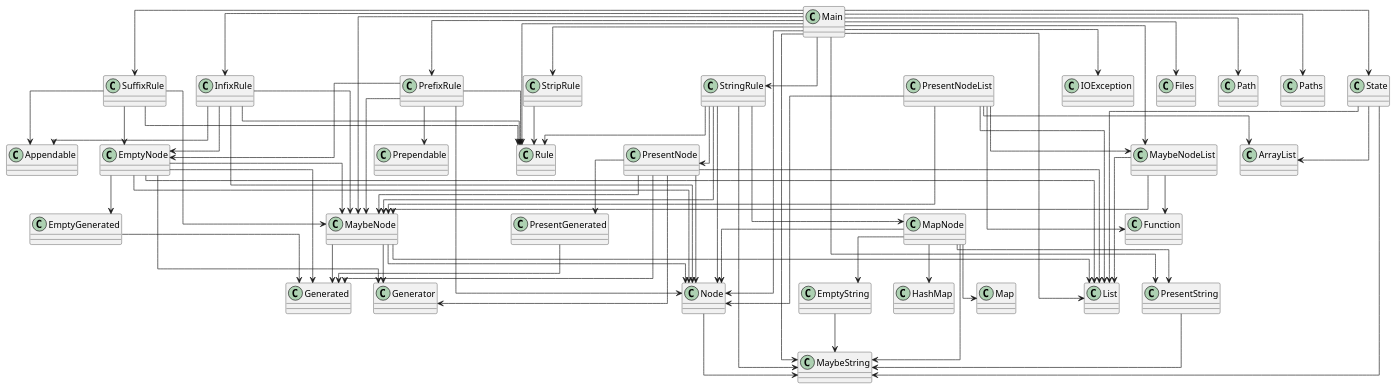
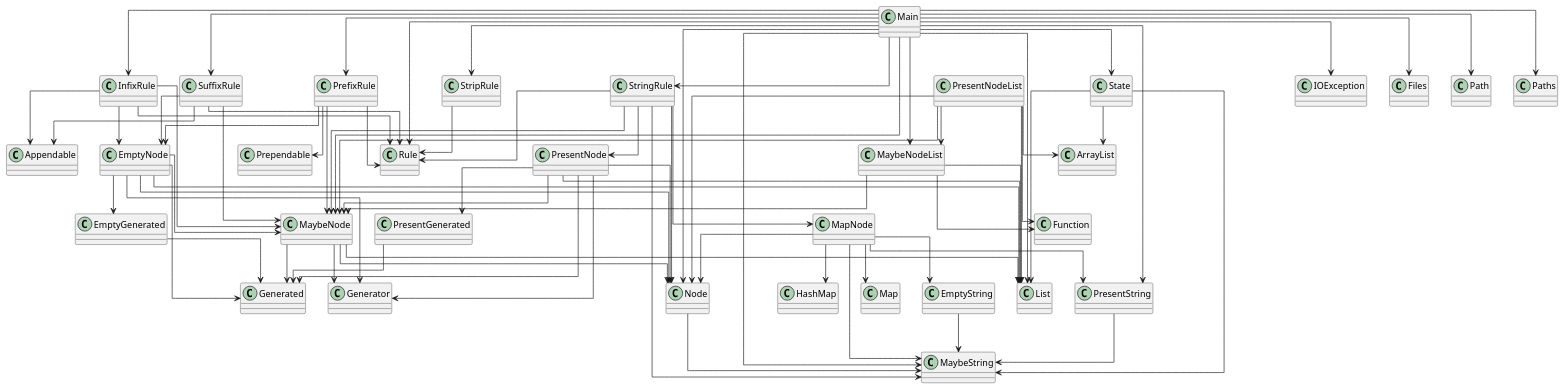
One commit to SirMathhman/Magma changed the diagram in diagram.puml. Above: the diagram before and after it, drawn with PlantUML. The commit also changed 3 other files, not shown here.

```diff
--- a/diagram.puml
+++ b/diagram.puml
@@ -1,104 +1,102 @@
 @startuml
 skinparam linetype ortho
 class Generated
 class Generator
 class Appendable
 class MaybeNode
 MaybeNode --> Generated
 MaybeNode --> Generator
 MaybeNode --> Node
 MaybeNode --> List
 class MaybeString
 class EmptyNode
 EmptyNode --> Generated
 EmptyNode --> Generator
 EmptyNode --> Node
 EmptyNode --> MaybeNode
 EmptyNode --> EmptyGenerated
 EmptyNode --> List
 class PresentNode
 PresentNode --> Generated
 PresentNode --> Generator
 PresentNode --> Node
 PresentNode --> MaybeNode
 PresentNode --> PresentGenerated
 PresentNode --> List
 class Prependable
 class EmptyString
 EmptyString --> MaybeString
 class PresentString
 PresentString --> MaybeString
 class MaybeNodeList
 MaybeNodeList --> MaybeNode
 MaybeNodeList --> List
 MaybeNodeList --> Function
 class MapNode
 MapNode --> MaybeString
 MapNode --> Node
 MapNode --> EmptyString
 MapNode --> PresentString
 MapNode --> HashMap
 MapNode --> Map
 class Node
 Node --> MaybeString
 class EmptyGenerated
 EmptyGenerated --> Generated
 class PresentGenerated
 PresentGenerated --> Generated
 class InfixRule
-InfixRule --> Node
 InfixRule --> Rule
 InfixRule --> Appendable
 InfixRule --> MaybeNode
 InfixRule --> EmptyNode
 class PrefixRule
-PrefixRule --> Node
 PrefixRule --> Rule
 PrefixRule --> MaybeNode
 PrefixRule --> Prependable
 PrefixRule --> EmptyNode
 class StringRule
 StringRule --> Node
 StringRule --> Rule
 StringRule --> MaybeNode
 StringRule --> MaybeString
 StringRule --> PresentNode
 StringRule --> MapNode
 class StripRule
 StripRule --> Rule
 class SuffixRule
 SuffixRule --> Rule
 SuffixRule --> Appendable
 SuffixRule --> MaybeNode
 SuffixRule --> EmptyNode
 class Rule
 class State
 State --> MaybeString
 State --> ArrayList
 State --> List
 class Main
 Main --> MaybeNodeList
 Main --> Node
 Main --> Rule
 Main --> State
 Main --> MaybeNode
 Main --> MaybeString
 Main --> PresentString
 Main --> InfixRule
 Main --> PrefixRule
 Main --> StringRule
 Main --> StripRule
 Main --> SuffixRule
 Main --> IOException
 Main --> Files
 Main --> Path
 Main --> Paths
 Main --> List
 class PresentNodeList
 PresentNodeList --> MaybeNodeList
 PresentNodeList --> Node
 PresentNodeList --> MaybeNode
 PresentNodeList --> ArrayList
 PresentNodeList --> List
 PresentNodeList --> Function
 @enduml
```
